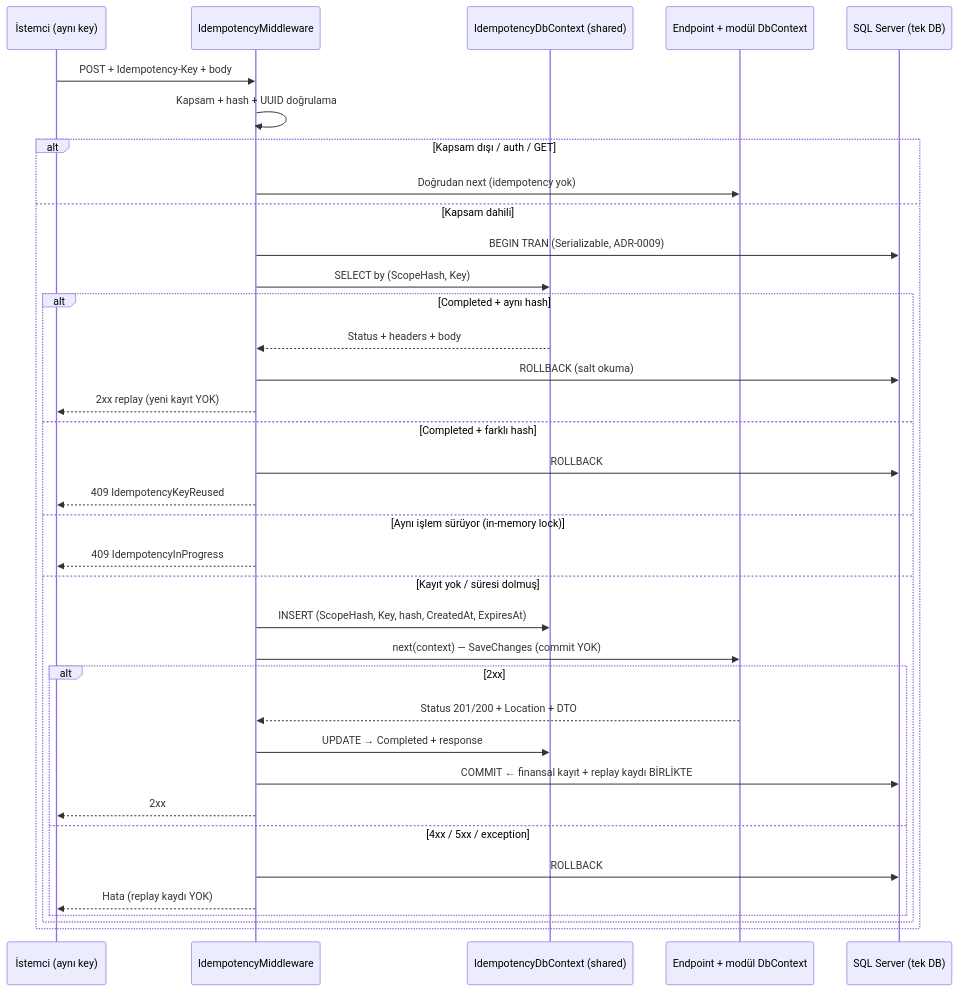
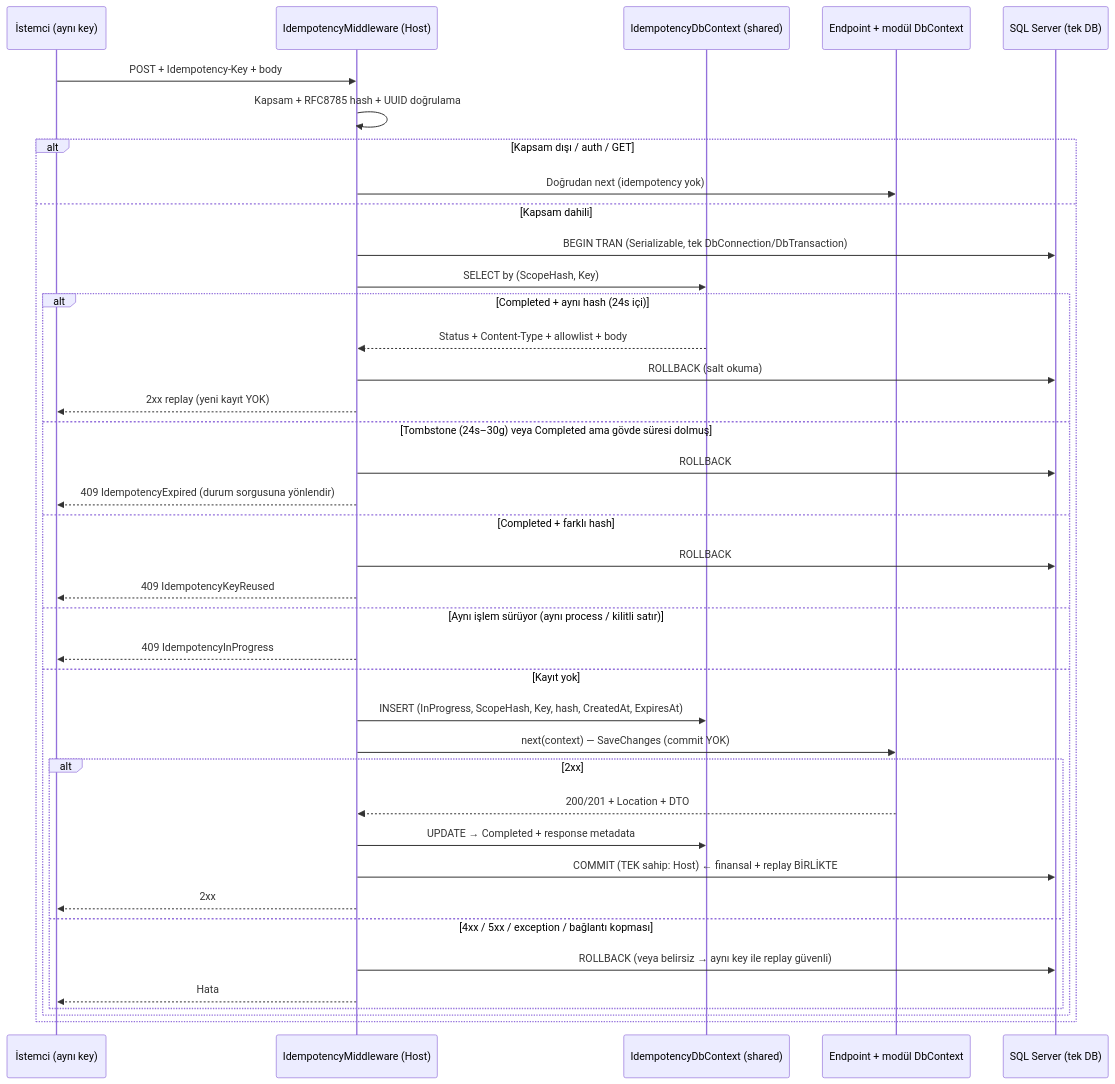
The diagram in docs/11-idempotency-teknik-tasarim.md (canbayerdogan/FinTrack), drawn with Mermaid before and after one commit. The commit also changed other lines of this file and 11 other files, not shown here.

Commit message:
docs: apply conditional idempotency approvals and add ADR-0010

````diff
--- a/docs/11-idempotency-teknik-tasarim.md
+++ b/docs/11-idempotency-teknik-tasarim.md
@@ -200,39 +268,42 @@
 ```mermaid
 sequenceDiagram
     participant C as İstemci (aynı key)
-    participant M as IdempotencyMiddleware
+    participant M as IdempotencyMiddleware (Host)
     participant S as IdempotencyDbContext (shared)
     participant H as Endpoint + modül DbContext
     participant D as SQL Server (tek DB)
 
     C->>M: POST + Idempotency-Key + body
-    M->>M: Kapsam + hash + UUID doğrulama
+    M->>M: Kapsam + RFC8785 hash + UUID doğrulama
     alt Kapsam dışı / auth / GET
         M->>H: Doğrudan next (idempotency yok)
     else Kapsam dahili
-        M->>D: BEGIN TRAN (Serializable, ADR-0009)
+        M->>D: BEGIN TRAN (Serializable, tek DbConnection/DbTransaction)
         M->>S: SELECT by (ScopeHash, Key)
-        alt Completed + aynı hash
-            S-->>M: Status + headers + body
+        alt Completed + aynı hash (24s içi)
+            S-->>M: Status + Content-Type + allowlist + body
             M->>D: ROLLBACK (salt okuma)
             M-->>C: 2xx replay (yeni kayıt YOK)
+        else Tombstone (24s–30g) veya Completed ama gövde süresi dolmuş
+            M->>D: ROLLBACK
+            M-->>C: 409 IdempotencyExpired (durum sorgusuna yönlendir)
         else Completed + farklı hash
             M->>D: ROLLBACK
             M-->>C: 409 IdempotencyKeyReused
-        else Aynı işlem sürüyor (in-memory lock)
+        else Aynı işlem sürüyor (aynı process / kilitli satır)
             M-->>C: 409 IdempotencyInProgress
-        else Kayıt yok / süresi dolmuş
-            M->>S: INSERT (ScopeHash, Key, hash, CreatedAt, ExpiresAt)
+        else Kayıt yok
+            M->>S: INSERT (InProgress, ScopeHash, Key, hash, CreatedAt, ExpiresAt)
             M->>H: next(context) — SaveChanges (commit YOK)
             alt 2xx
-                H-->>M: Status 201/200 + Location + DTO
-                M->>S: UPDATE → Completed + response
-                M->>D: COMMIT  ← finansal kayıt + replay kaydı BİRLİKTE
+                H-->>M: 200/201 + Location + DTO
+                M->>S: UPDATE → Completed + response metadata
+                M->>D: COMMIT (TEK sahip: Host) ← finansal + replay BİRLİKTE
                 M-->>C: 2xx
-            else 4xx / 5xx / exception
-                M->>D: ROLLBACK
-                M-->>C: Hata (replay kaydı YOK)
+            else 4xx / 5xx / exception / bağlantı kopması
+                M->>D: ROLLBACK (veya belirsiz → aynı key ile replay güvenli)
+                M-->>C: Hata
             end
         end
     end
 ```
````
